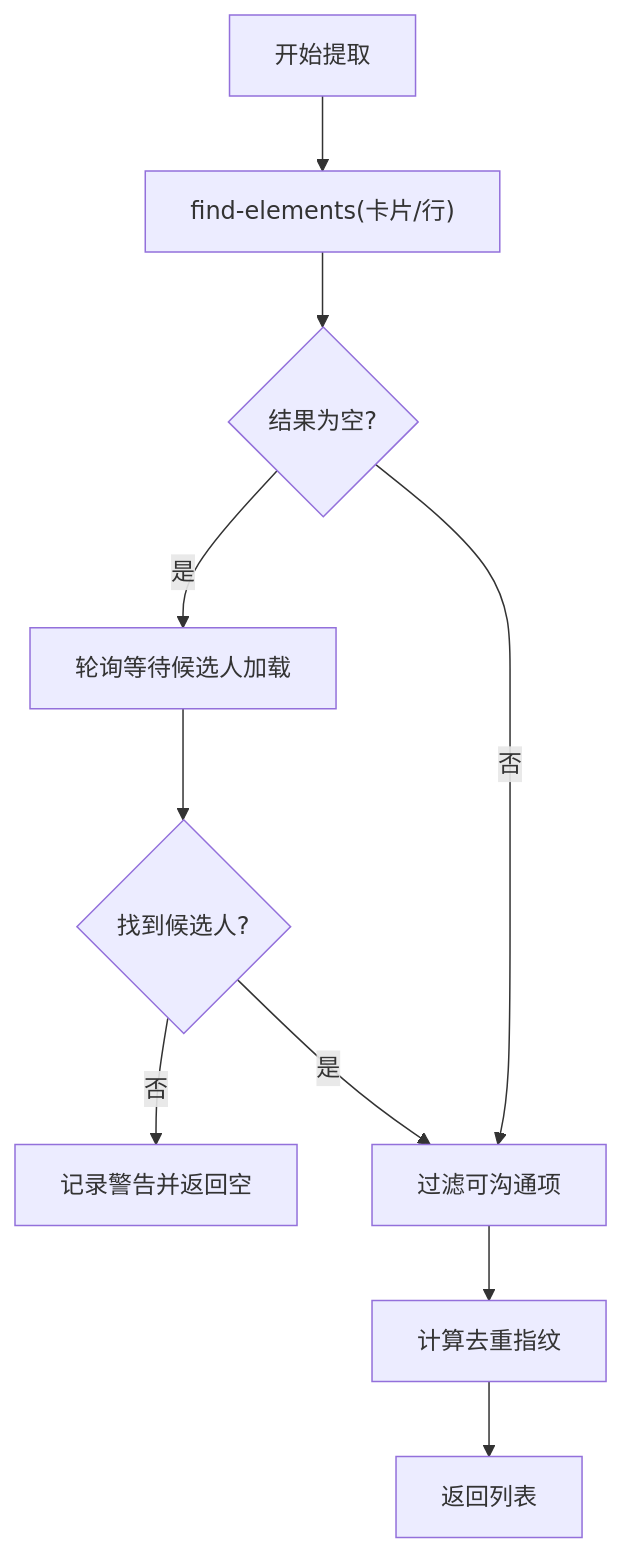
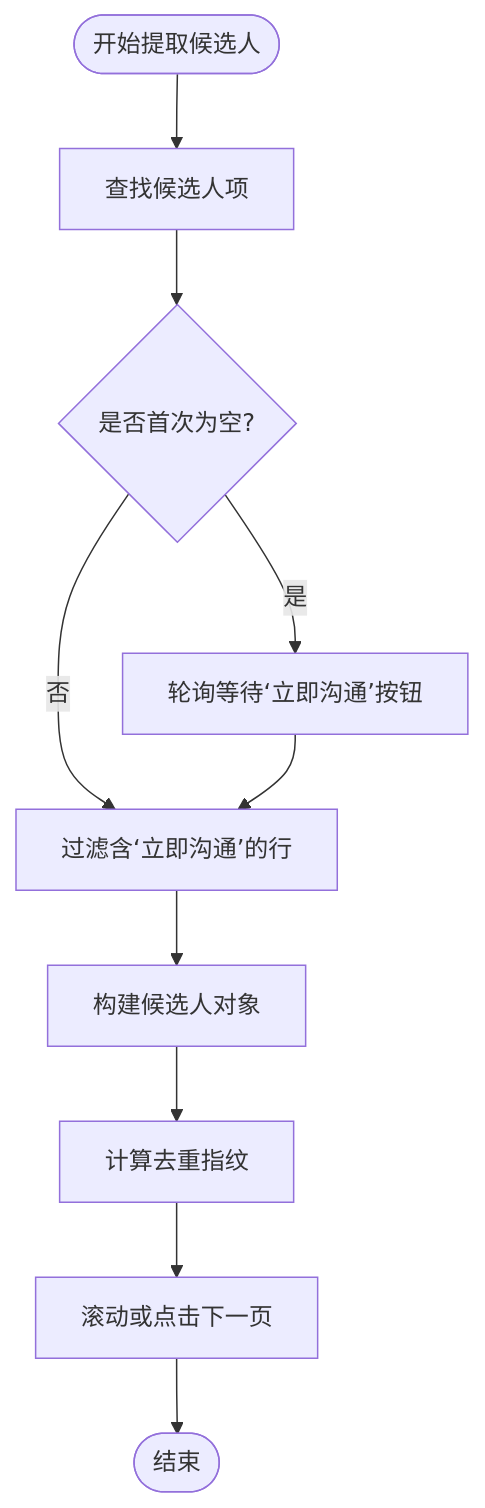
One commit to alvinwangzi/goodhr changed the fifth of 10 diagrams in .qoder/repowiki/zh/content/系统架构/本地Agent架构/平台适配器系统/猎聘适配器.md. Above: the diagram before and after it, drawn with Mermaid. The commit also changed other lines of this file and 149 other files, not shown here.

````diff
--- a/.qoder/repowiki/zh/content/系统架构/本地Agent架构/平台适配器系统/猎聘适配器.md
+++ b/.qoder/repowiki/zh/content/系统架构/本地Agent架构/平台适配器系统/猎聘适配器.md
@@ -197,12 +198,12 @@
 ```mermaid
 flowchart TD
-L0["开始提取"] --> FindItems["find-elements(卡片/行)"]
-FindItems --> Empty{"结果为空?"}
-Empty --> |是| WaitList["轮询等待候选人加载"]
-WaitList --> Found{"找到候选人?"}
-Found --> |否| Warn["记录警告并返回空"]
-Found --> |是| Filter["过滤可沟通项"]
-Empty --> |否| Filter
-Filter --> Fingerprint["计算去重指纹"]
-Fingerprint --> Return["返回列表"]
+LStart(["开始提取候选人"]) --> FindItems["查找候选人项"]
+FindItems --> Empty{"是否首次为空?"}
+Empty --> |是| Retry["轮询等待‘立即沟通’按钮"]
+Empty --> |否| Filter["过滤含‘立即沟通’的行"]
+Retry --> Filter
+Filter --> Build["构建候选人对象"]
+Build --> Fingerprint["计算去重指纹"]
+Fingerprint --> ScrollNext["滚动或点击下一页"]
+ScrollNext --> LEnd(["结束"])
 ```
````
